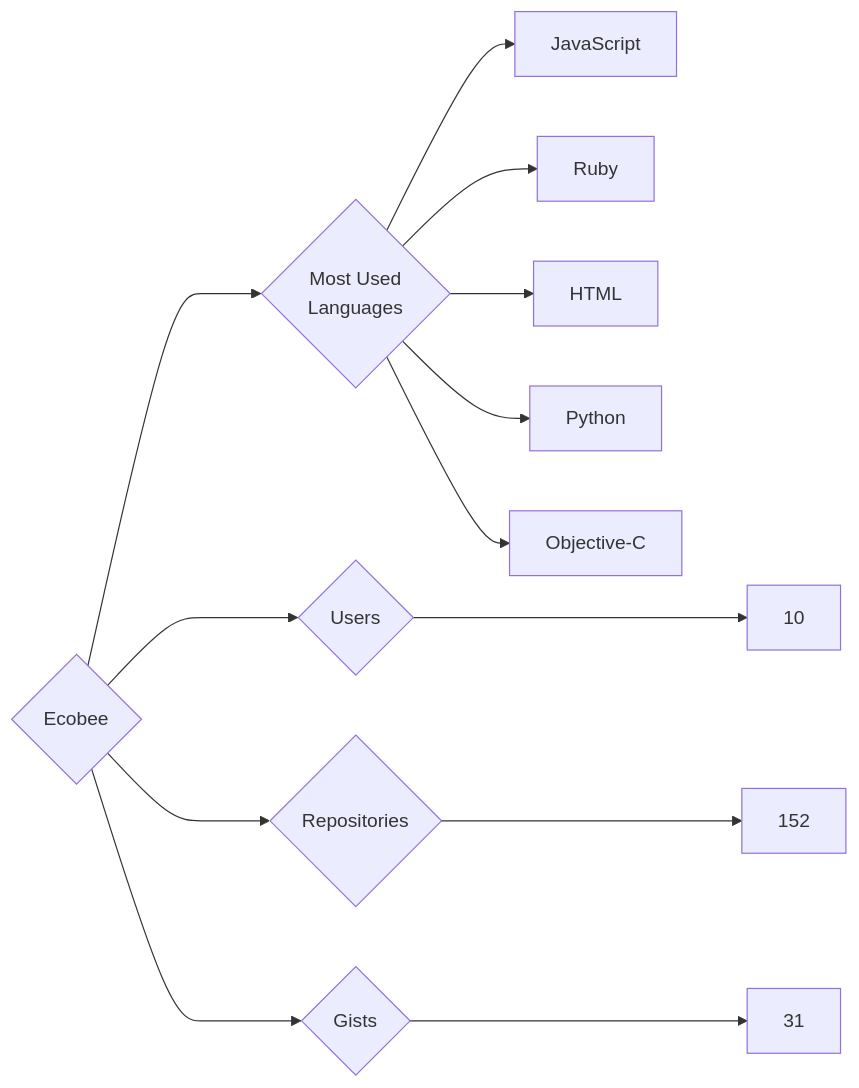
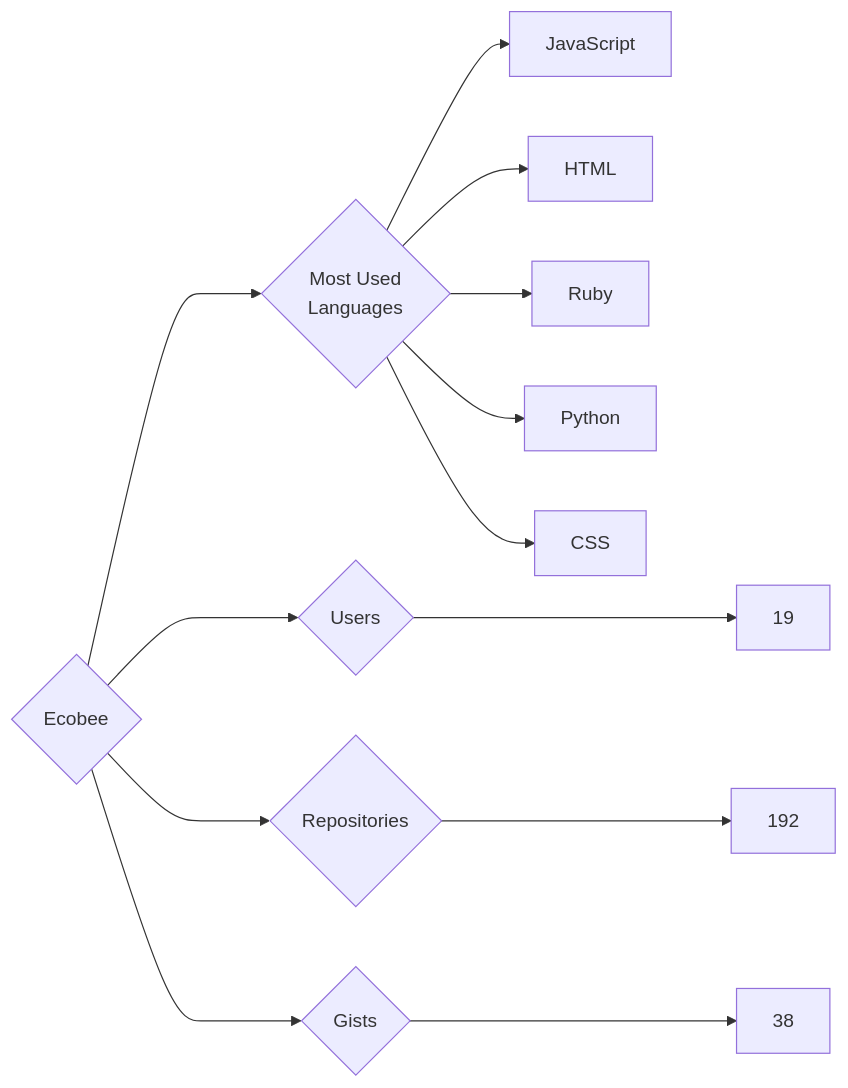
One commit to trickest/insiders changed the diagram in targets/Ecobee/README.md. Above: the diagram before and after it, drawn with Mermaid. The commit also changed 914 other files, not shown here.

````diff
--- a/targets/Ecobee/README.md
+++ b/targets/Ecobee/README.md
@@ -3,13 +3,13 @@
 ```mermaid
 graph LR
 COMPANY_NAME{Ecobee}
-COMPANY_NAME ---> U{Users} ---> UN[10]
-COMPANY_NAME ---> R{Repositories} ---> RN[152]
-COMPANY_NAME ---> G{Gists} ---> GN[31]
+COMPANY_NAME ---> U{Users} ---> UN[19]
+COMPANY_NAME ---> R{Repositories} ---> RN[192]
+COMPANY_NAME ---> G{Gists} ---> GN[38]
 COMPANY_NAME ---> ML{Most Used<br>Languages}
 ML --> JavaScript[JavaScript]
+ML --> HTML[HTML]
 ML --> Ruby[Ruby]
-ML --> HTML[HTML]
 ML --> Python[Python]
-ML --> Objective-C[Objective-C]
+ML --> CSS[CSS]
 ```
````
